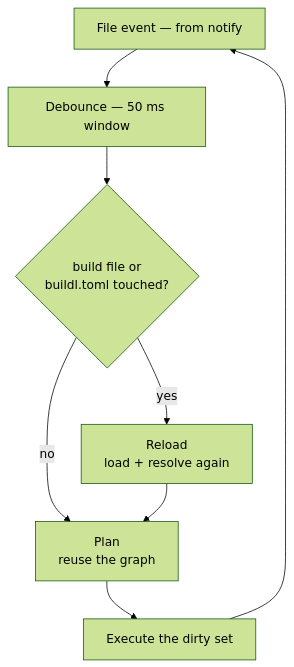
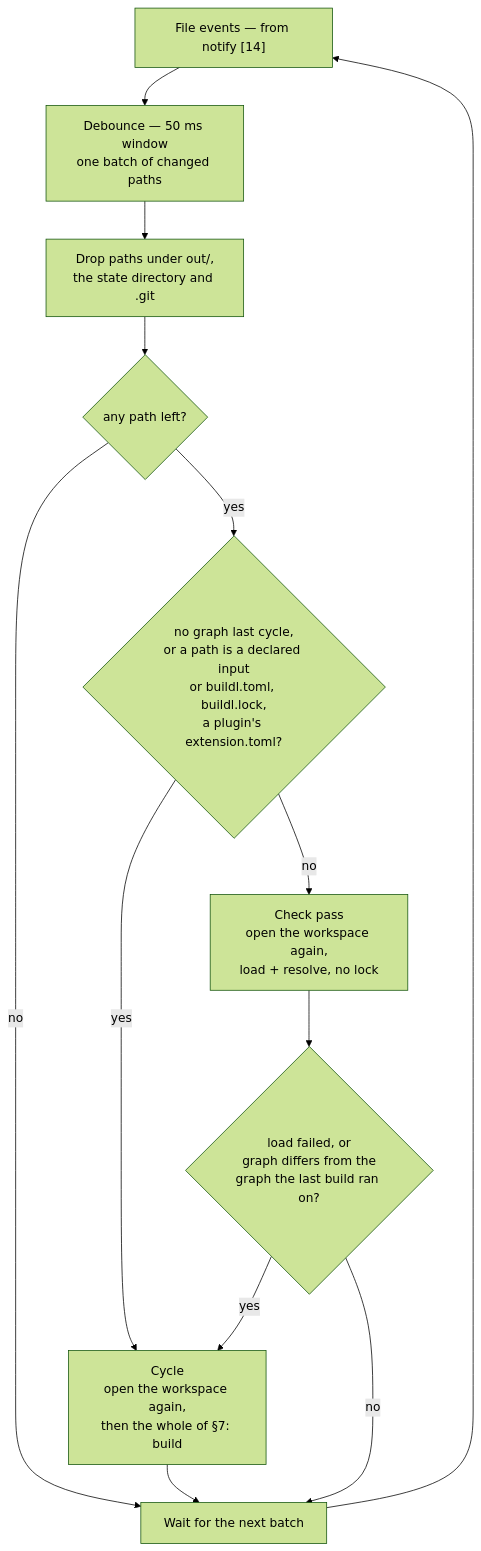
The ninth of 14 diagrams in docs/design.md (airsstack/buildl), drawn with Mermaid (forest theme) before and after one commit. The commit also changed other lines of this file and 57 other files, not shown here.

````diff
--- a/docs/design.md
+++ b/docs/design.md
@@ -434,11 +434,16 @@
 ```mermaid
 %% Watch mode loop
 flowchart TD
-    EV["File event — from notify"] --> DB["Debounce — 50 ms window"]
-    DB --> Q{"build file or<br/>buildl.toml touched?"}
-    Q -- yes --> RELOAD["Reload<br/>load + resolve again"]
-    Q -- no --> PLAN["Plan<br/>reuse the graph"]
-    RELOAD --> PLAN
-    PLAN --> EXEC["Execute the dirty set"]
-    EXEC --> EV
+    EV["File events — from notify [14]"] --> DB["Debounce — 50 ms window<br/>one batch of changed paths"]
+    DB --> DROP["Drop paths under out/,<br/>the state directory and .git"]
+    DROP --> E{"any path left?"}
+    E -- no --> WAIT
+    E -- yes --> Q{"no graph last cycle,<br/>or a path is a declared input<br/>or buildl.toml, buildl.lock,<br/>a plugin's extension.toml?"}
+    Q -- yes --> CYCLE
+    Q -- no --> CHECK["Check pass<br/>open the workspace again,<br/>load + resolve, no lock"]
+    CHECK --> G{"load failed, or<br/>graph differs from the<br/>graph the last build ran on?"}
+    G -- yes --> CYCLE["Cycle<br/>open the workspace again,<br/>then the whole of §7: build"]
+    G -- no --> WAIT["Wait for the next batch"]
+    CYCLE --> WAIT
+    WAIT --> EV
 ```
````
